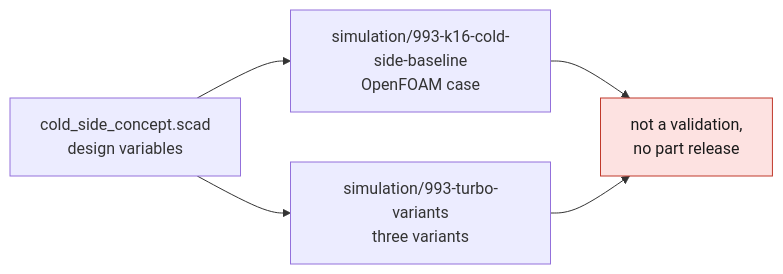
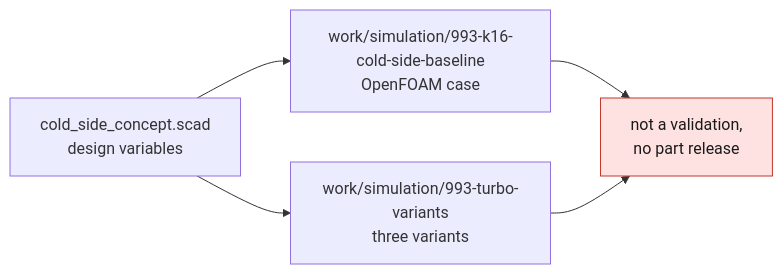
One commit to cluster2600/porscheparts changed the diagram in parts/993-turbocharger-k16-cold-side-prototype/README.md. Above: the diagram before and after it, drawn with Mermaid. The commit also changed other lines of this file and 179 other files, not shown here.

First line of the commit message:
Move simulation/ into work/simulation/

````diff
--- a/parts/993-turbocharger-k16-cold-side-prototype/README.md
+++ b/parts/993-turbocharger-k16-cold-side-prototype/README.md
@@ -14,9 +14,9 @@
 ```mermaid
 flowchart LR
-    P["cold_side_concept.scad<br/>design variables"] --> C["simulation/993-k16-cold-side-baseline<br/>OpenFOAM case"]
-    P --> V["simulation/993-turbo-variants<br/>three variants"]
+    P["cold_side_concept.scad<br/>design variables"] --> C["work/simulation/993-k16-cold-side-baseline<br/>OpenFOAM case"]
+    P --> V["work/simulation/993-turbo-variants<br/>three variants"]
     C --> X["not a validation,<br/>no part release"]
     V --> X
     classDef stop fill:#fde2e1,stroke:#c0392b,color:#1a1a1a;
     class X stop
 ```
````
